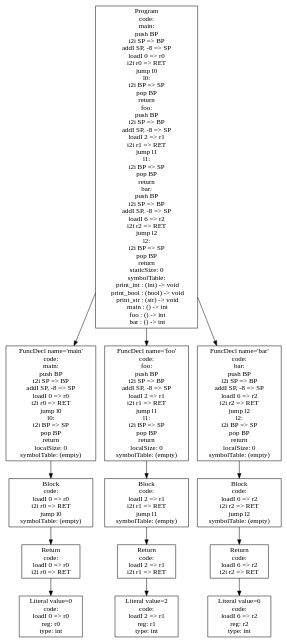
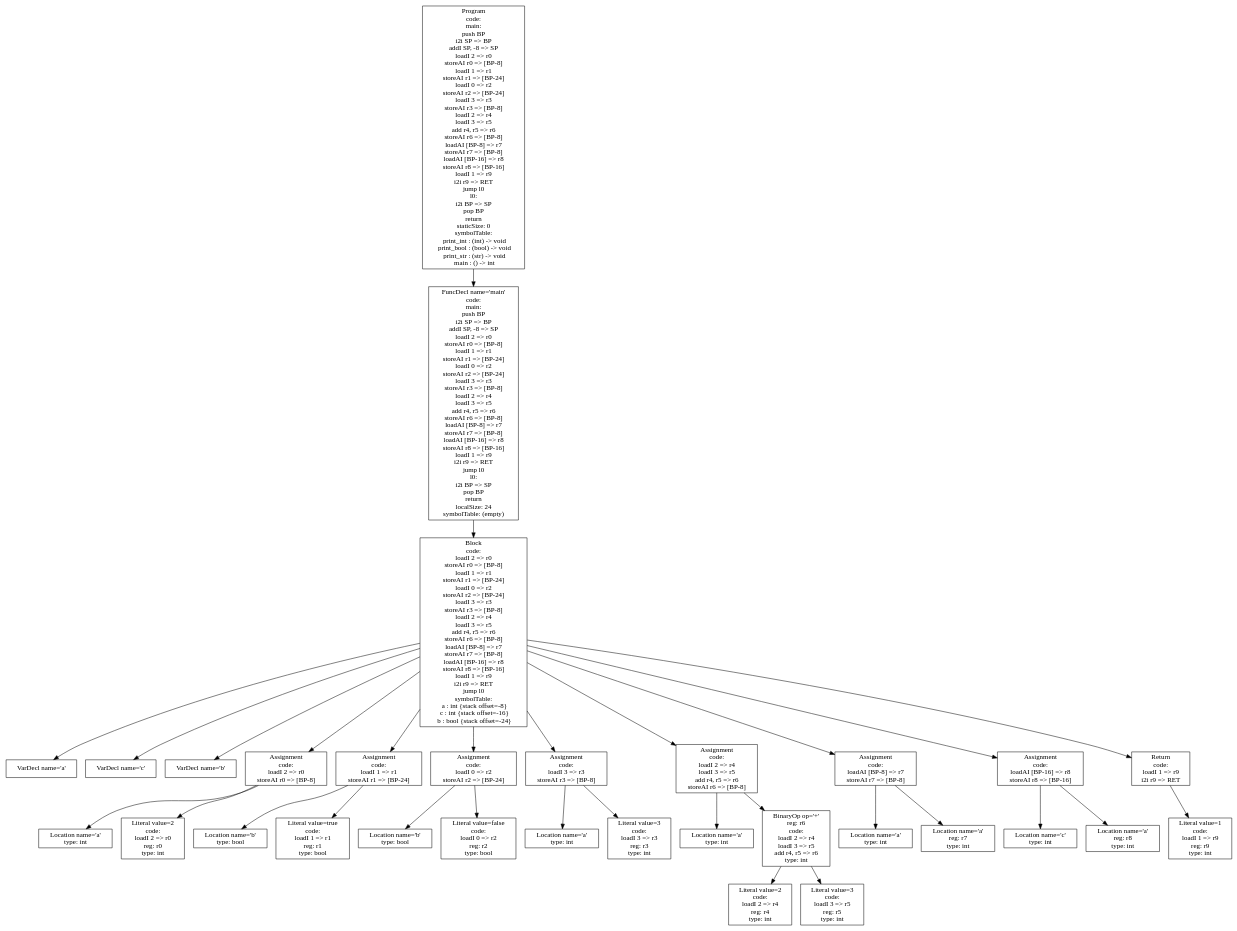
Before and after one commit to EastDakota/Compilers_p4: the diagram in ast.dot, drawn with Graphviz. The commit also changed 42 other files, not shown here.

```diff
--- a/ast.dot
+++ b/ast.dot
@@ -1,27 +1,63 @@
 digraph AST {
-4 [shape=box, label="Literal value=0\ncode: \nloadI 0 => r0\nreg: r0\ntype: int"];
-3 [shape=box, label="Return\ncode: \nloadI 0 => r0\ni2i r0 => RET"];
-3 -> 4;
-2 [shape=box, label="Block\ncode: \nloadI 0 => r0\ni2i r0 => RET\njump l0\nsymbolTable: (empty)"];
+3 [shape=box, label="VarDecl name='a'"];
+4 [shape=box, label="VarDecl name='c'"];
+5 [shape=box, label="VarDecl name='b'"];
+7 [shape=box, label="Location name='a'\ntype: int"];
+8 [shape=box, label="Literal value=2\ncode: \nloadI 2 => r0\nreg: r0\ntype: int"];
+6 [shape=box, label="Assignment\ncode: \nloadI 2 => r0\nstoreAI r0 => [BP-8]"];
+6 -> 7;
+6 -> 8;
+10 [shape=box, label="Location name='b'\ntype: bool"];
+11 [shape=box, label="Literal value=true\ncode: \nloadI 1 => r1\nreg: r1\ntype: bool"];
+9 [shape=box, label="Assignment\ncode: \nloadI 1 => r1\nstoreAI r1 => [BP-24]"];
+9 -> 10;
+9 -> 11;
+13 [shape=box, label="Location name='b'\ntype: bool"];
+14 [shape=box, label="Literal value=false\ncode: \nloadI 0 => r2\nreg: r2\ntype: bool"];
+12 [shape=box, label="Assignment\ncode: \nloadI 0 => r2\nstoreAI r2 => [BP-24]"];
+12 -> 13;
+12 -> 14;
+16 [shape=box, label="Location name='a'\ntype: int"];
+17 [shape=box, label="Literal value=3\ncode: \nloadI 3 => r3\nreg: r3\ntype: int"];
+15 [shape=box, label="Assignment\ncode: \nloadI 3 => r3\nstoreAI r3 => [BP-8]"];
+15 -> 16;
+15 -> 17;
+19 [shape=box, label="Location name='a'\ntype: int"];
+21 [shape=box, label="Literal value=2\ncode: \nloadI 2 => r4\nreg: r4\ntype: int"];
+22 [shape=box, label="Literal value=3\ncode: \nloadI 3 => r5\nreg: r5\ntype: int"];
+20 [shape=box, label="BinaryOp op='+'\nreg: r6\ncode: \nloadI 2 => r4\nloadI 3 => r5\nadd r4, r5 => r6\ntype: int"];
+20 -> 21;
+20 -> 22;
+18 [shape=box, label="Assignment\ncode: \nloadI 2 => r4\nloadI 3 => r5\nadd r4, r5 => r6\nstoreAI r6 => [BP-8]"];
+18 -> 19;
+18 -> 20;
+24 [shape=box, label="Location name='a'\ntype: int"];
+25 [shape=box, label="Location name='a'\nreg: r7\ntype: int"];
+23 [shape=box, label="Assignment\ncode: \nloadAI [BP-8] => r7\nstoreAI r7 => [BP-8]"];
+23 -> 24;
+23 -> 25;
+27 [shape=box, label="Location name='c'\ntype: int"];
+28 [shape=box, label="Location name='a'\nreg: r8\ntype: int"];
+26 [shape=box, label="Assignment\ncode: \nloadAI [BP-16] => r8\nstoreAI r8 => [BP-16]"];
+26 -> 27;
+26 -> 28;
+30 [shape=box, label="Literal value=1\ncode: \nloadI 1 => r9\nreg: r9\ntype: int"];
+29 [shape=box, label="Return\ncode: \nloadI 1 => r9\ni2i r9 => RET"];
+29 -> 30;
+2 [shape=box, label="Block\ncode: \nloadI 2 => r0\nstoreAI r0 => [BP-8]\nloadI 1 => r1\nstoreAI r1 => [BP-24]\nloadI 0 => r2\nstoreAI r2 => [BP-24]\nloadI 3 => r3\nstoreAI r3 => [BP-8]\nloadI 2 => r4\nloadI 3 => r5\nadd r4, r5 => r6\nstoreAI r6 => [BP-8]\nloadAI [BP-8] => r7\nstoreAI r7 => [BP-8]\nloadAI [BP-16] => r8\nstoreAI r8 => [BP-16]\nloadI 1 => r9\ni2i r9 => RET\njump l0\nsymbolTable: \n  a : int {stack offset=-8}\n  c : int {stack offset=-16}\n  b : bool {stack offset=-24}"];
 2 -> 3;
-1 [shape=box, label="FuncDecl name='main'\ncode: \nmain:\npush BP\ni2i SP => BP\naddI SP, -8 => SP\nloadI 0 => r0\ni2i r0 => RET\njump l0\nl0:\ni2i BP => SP\npop BP\nreturn\nlocalSize: 0\nsymbolTable: (empty)"];
+2 -> 4;
+2 -> 5;
+2 -> 6;
+2 -> 9;
+2 -> 12;
+2 -> 15;
+2 -> 18;
+2 -> 23;
+2 -> 26;
+2 -> 29;
+1 [shape=box, label="FuncDecl name='main'\ncode: \nmain:\npush BP\ni2i SP => BP\naddI SP, -8 => SP\nloadI 2 => r0\nstoreAI r0 => [BP-8]\nloadI 1 => r1\nstoreAI r1 => [BP-24]\nloadI 0 => r2\nstoreAI r2 => [BP-24]\nloadI 3 => r3\nstoreAI r3 => [BP-8]\nloadI 2 => r4\nloadI 3 => r5\nadd r4, r5 => r6\nstoreAI r6 => [BP-8]\nloadAI [BP-8] => r7\nstoreAI r7 => [BP-8]\nloadAI [BP-16] => r8\nstoreAI r8 => [BP-16]\nloadI 1 => r9\ni2i r9 => RET\njump l0\nl0:\ni2i BP => SP\npop BP\nreturn\nlocalSize: 24\nsymbolTable: (empty)"];
 1 -> 2;
-8 [shape=box, label="Literal value=2\ncode: \nloadI 2 => r1\nreg: r1\ntype: int"];
-7 [shape=box, label="Return\ncode: \nloadI 2 => r1\ni2i r1 => RET"];
-7 -> 8;
-6 [shape=box, label="Block\ncode: \nloadI 2 => r1\ni2i r1 => RET\njump l1\nsymbolTable: (empty)"];
-6 -> 7;
-5 [shape=box, label="FuncDecl name='foo'\ncode: \nfoo:\npush BP\ni2i SP => BP\naddI SP, -8 => SP\nloadI 2 => r1\ni2i r1 => RET\njump l1\nl1:\ni2i BP => SP\npop BP\nreturn\nlocalSize: 0\nsymbolTable: (empty)"];
-5 -> 6;
-12 [shape=box, label="Literal value=6\ncode: \nloadI 6 => r2\nreg: r2\ntype: int"];
-11 [shape=box, label="Return\ncode: \nloadI 6 => r2\ni2i r2 => RET"];
-11 -> 12;
-10 [shape=box, label="Block\ncode: \nloadI 6 => r2\ni2i r2 => RET\njump l2\nsymbolTable: (empty)"];
-10 -> 11;
-9 [shape=box, label="FuncDecl name='bar'\ncode: \nbar:\npush BP\ni2i SP => BP\naddI SP, -8 => SP\nloadI 6 => r2\ni2i r2 => RET\njump l2\nl2:\ni2i BP => SP\npop BP\nreturn\nlocalSize: 0\nsymbolTable: (empty)"];
-9 -> 10;
-0 [shape=box, label="Program\ncode: \nmain:\npush BP\ni2i SP => BP\naddI SP, -8 => SP\nloadI 0 => r0\ni2i r0 => RET\njump l0\nl0:\ni2i BP => SP\npop BP\nreturn\nfoo:\npush BP\ni2i SP => BP\naddI SP, -8 => SP\nloadI 2 => r1\ni2i r1 => RET\njump l1\nl1:\ni2i BP => SP\npop BP\nreturn\nbar:\npush BP\ni2i SP => BP\naddI SP, -8 => SP\nloadI 6 => r2\ni2i r2 => RET\njump l2\nl2:\ni2i BP => SP\npop BP\nreturn\nstaticSize: 0\nsymbolTable: \n  print_int : (int) -> void\n  print_bool : (bool) -> void\n  print_str : (str) -> void\n  main : () -> int\n  foo : () -> int\n  bar : () -> int"];
+0 [shape=box, label="Program\ncode: \nmain:\npush BP\ni2i SP => BP\naddI SP, -8 => SP\nloadI 2 => r0\nstoreAI r0 => [BP-8]\nloadI 1 => r1\nstoreAI r1 => [BP-24]\nloadI 0 => r2\nstoreAI r2 => [BP-24]\nloadI 3 => r3\nstoreAI r3 => [BP-8]\nloadI 2 => r4\nloadI 3 => r5\nadd r4, r5 => r6\nstoreAI r6 => [BP-8]\nloadAI [BP-8] => r7\nstoreAI r7 => [BP-8]\nloadAI [BP-16] => r8\nstoreAI r8 => [BP-16]\nloadI 1 => r9\ni2i r9 => RET\njump l0\nl0:\ni2i BP => SP\npop BP\nreturn\nstaticSize: 0\nsymbolTable: \n  print_int : (int) -> void\n  print_bool : (bool) -> void\n  print_str : (str) -> void\n  main : () -> int"];
 0 -> 1;
-0 -> 5;
-0 -> 9;
 }
```
